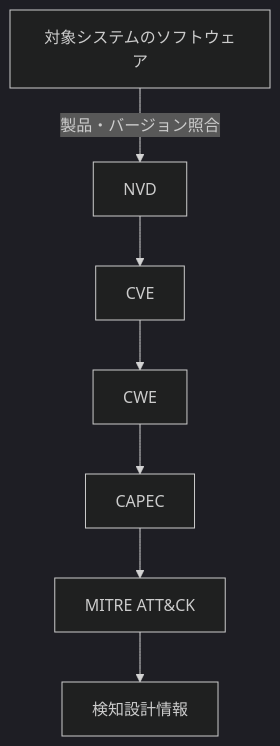
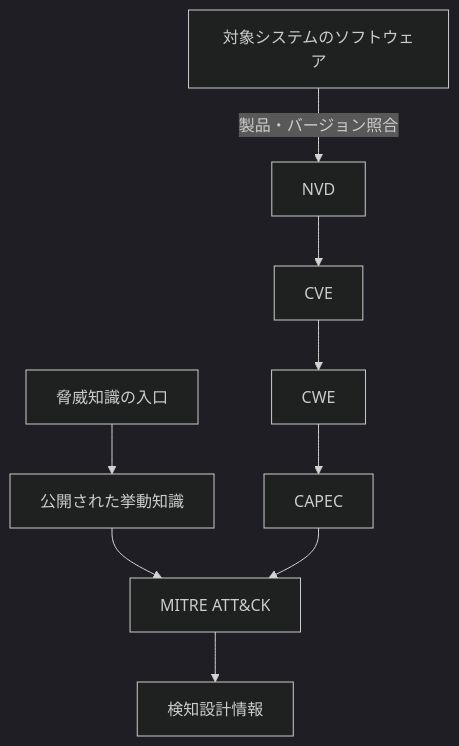
The second of 6 diagrams in docs/design.md (satokenn/threat-to-detection), drawn with Mermaid (dark theme) before and after one commit. The commit also changed other lines of this file and 53 other files, not shown here.

````diff
--- a/docs/design.md
+++ b/docs/design.md
@@ -68,17 +68,21 @@
 ```mermaid
 flowchart TD
     system[対象システムのソフトウェア]
+    entry[脅威知識の入口]
     nvd[NVD]
     cve[CVE]
+    behavior[公開された挙動知識]
     cwe[CWE]
     capec[CAPEC]
     attack[MITRE ATT&CK]
     detection[検知設計情報]
 
     system -->|製品・バージョン照合| nvd
     nvd --> cve
+    entry --> behavior
+    behavior --> attack
     cve --> cwe
     cwe --> capec
     capec --> attack
     attack --> detection
 ```
````
